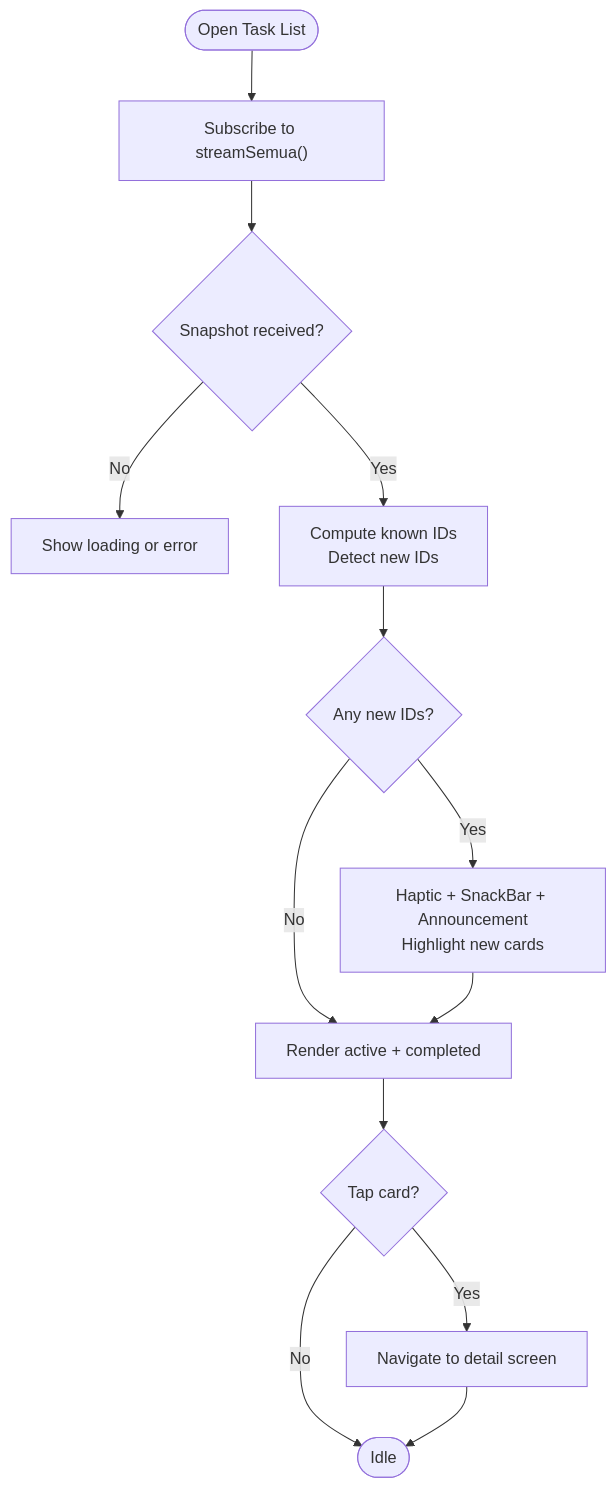
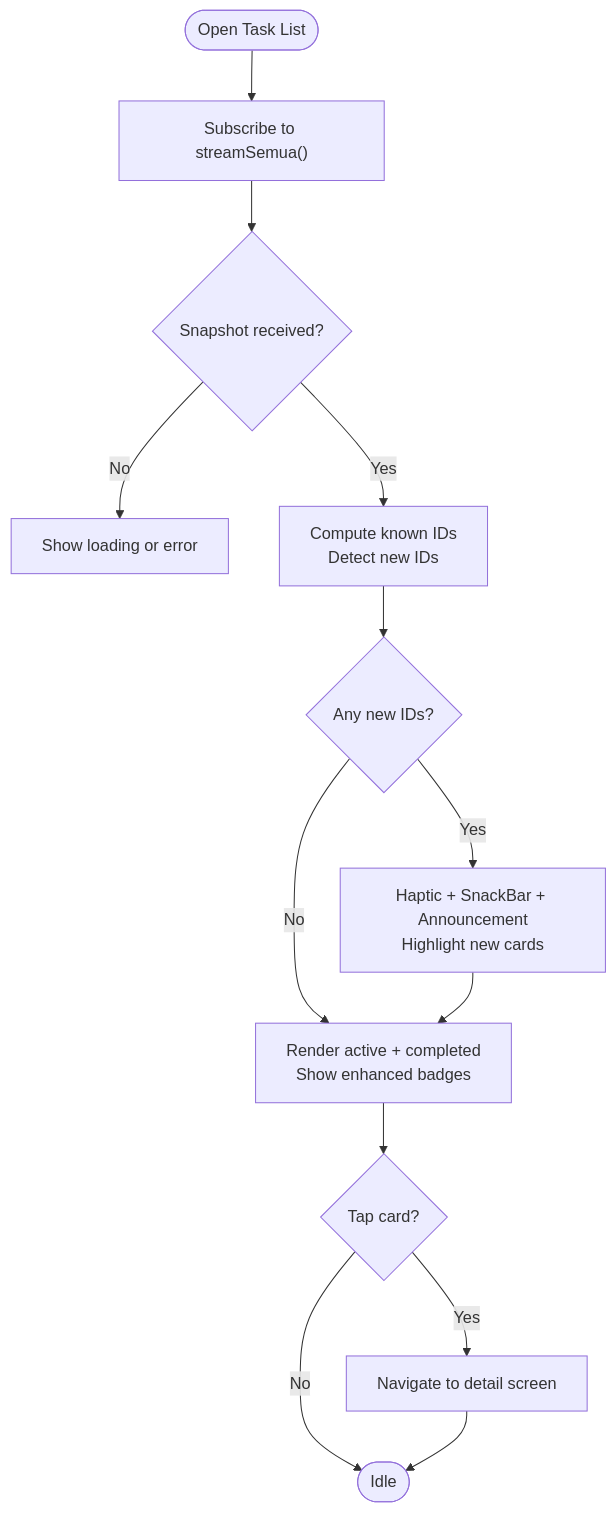
One commit to rdsarjito/whoosh-ramah changed the third of 10 diagrams in .qoder/repowiki/en/content/Mobile Application/Staff Workflow/Staff Workflow.md. Above: the diagram before and after it, drawn with Mermaid. The commit also changed other lines of this file and 68 other files, not shown here.

````diff
--- a/.qoder/repowiki/en/content/Mobile Application/Staff Workflow/Staff Workflow.md
+++ b/.qoder/repowiki/en/content/Mobile Application/Staff Workflow/Staff Workflow.md
@@ -195,15 +225,15 @@
 ```mermaid
 flowchart TD
 Start(["Open Task List"]) --> StreamAll["Subscribe to streamSemua()"]
 StreamAll --> Snapshot{"Snapshot received?"}
 Snapshot --> |No| Loading["Show loading or error"]
 Snapshot --> |Yes| Process["Compute known IDs<br/>Detect new IDs"]
 Process --> Notify{"Any new IDs?"}
-Notify --> |No| Render["Render active + completed"]
+Notify --> |No| Render["Render active + completed<br/>Show enhanced badges"]
 Notify --> |Yes| Alert["Haptic + SnackBar + Announcement<br/>Highlight new cards"]
 Alert --> Render
 Render --> TapCard{"Tap card?"}
 TapCard --> |Yes| Navigate["Navigate to detail screen"]
 TapCard --> |No| End(["Idle"])
 Navigate --> End
 ```
````
